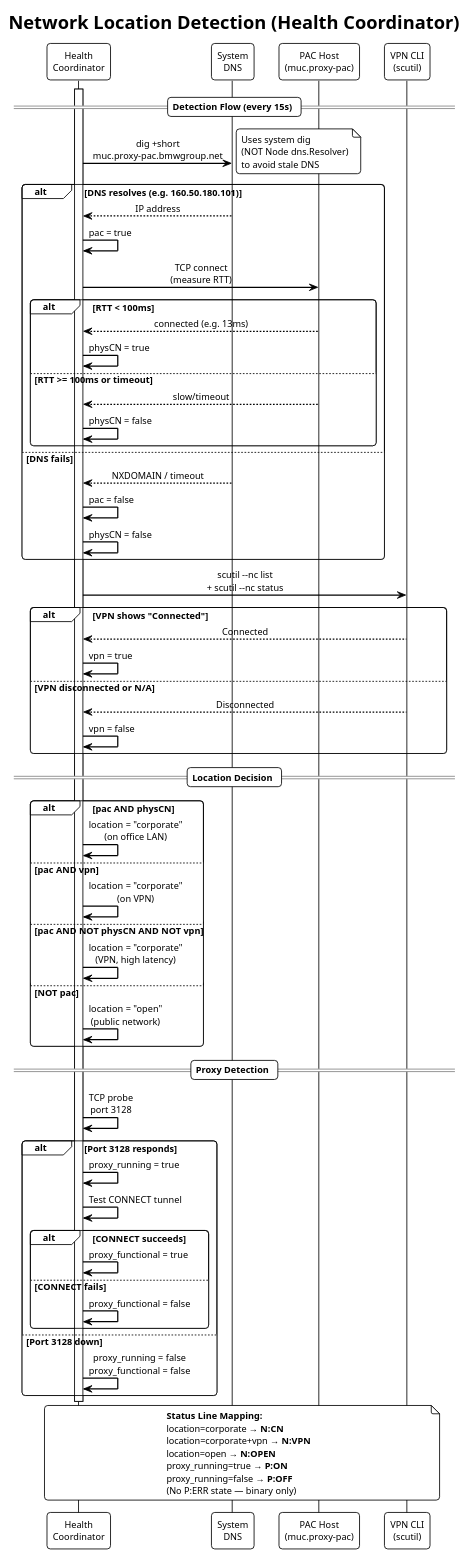
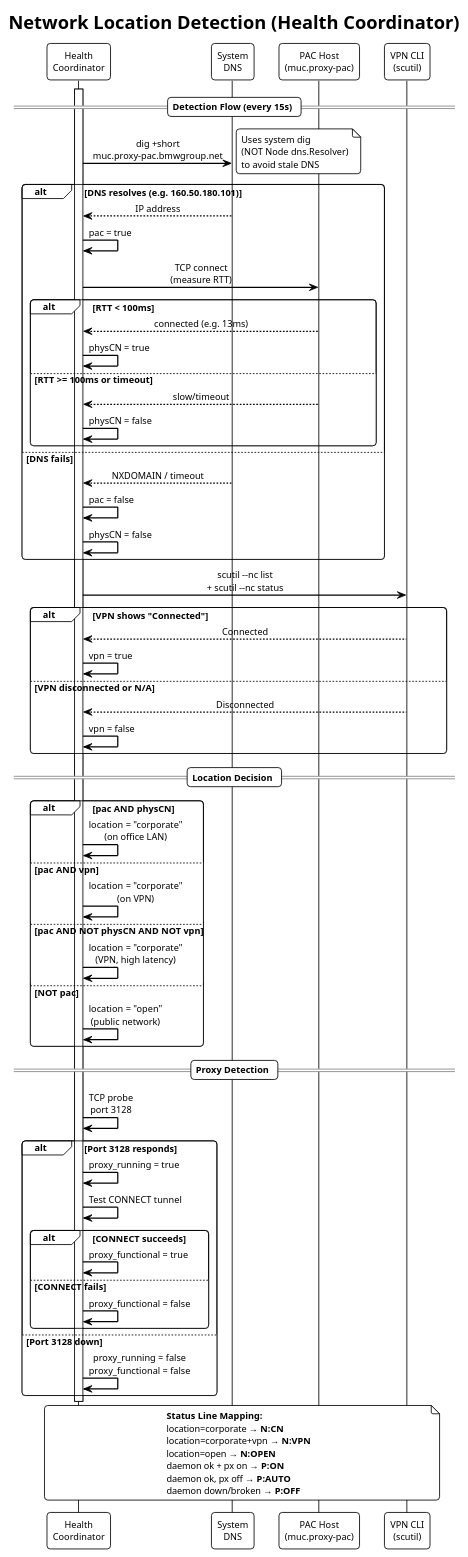
One commit to fwornle/coding changed the diagram in docs-content/diagrams/network-detection-flow.puml. Above: the diagram before and after it, drawn with PlantUML. The commit also changed 19 other files, not shown here.

First line of the commit message:
docs: three-state proxy badge P:ON / P:AUTO / P:OFF across guides + diagrams

```diff
--- a/docs-content/diagrams/network-detection-flow.puml
+++ b/docs-content/diagrams/network-detection-flow.puml
@@ -1,92 +1,92 @@
 @startuml network-detection-flow
 !theme plain
 skinparam backgroundColor #FFFFFF
 skinparam sequenceMessageAlign center
 skinparam responseMessageBelowArrow true
 skinparam sequenceArrowThickness 1.5
 skinparam roundcorner 8
 skinparam defaultFontName SF Mono
 skinparam defaultFontSize 11
 
 title Network Location Detection (Health Coordinator)
 
 participant "Health\nCoordinator" as HC
 participant "System\nDNS" as DNS
 participant "PAC Host\n(muc.proxy-pac)" as PAC
 participant "VPN CLI\n(scutil)" as VPN
 
 == Detection Flow (every 15s) ==
 
 activate HC
 
 HC -> DNS: dig +short\nmuc.proxy-pac.bmwgroup.net
 note right: Uses system dig\n(NOT Node dns.Resolver)\nto avoid stale DNS
 
 alt DNS resolves (e.g. 160.50.180.101)
     DNS --> HC: IP address
     HC -> HC: pac = true
 
     HC -> PAC: TCP connect\n(measure RTT)
     alt RTT < 100ms
         PAC --> HC: connected (e.g. 13ms)
         HC -> HC: physCN = true
     else RTT >= 100ms or timeout
         PAC --> HC: slow/timeout
         HC -> HC: physCN = false
     end
 
 else DNS fails
     DNS --> HC: NXDOMAIN / timeout
     HC -> HC: pac = false
     HC -> HC: physCN = false
 end
 
 HC -> VPN: scutil --nc list\n+ scutil --nc status
 alt VPN shows "Connected"
     VPN --> HC: Connected
     HC -> HC: vpn = true
 else VPN disconnected or N/A
     VPN --> HC: Disconnected
     HC -> HC: vpn = false
 end
 
 == Location Decision ==
 
 alt pac AND physCN
     HC -> HC: location = "corporate"\n(on office LAN)
 else pac AND vpn
     HC -> HC: location = "corporate"\n(on VPN)
 else pac AND NOT physCN AND NOT vpn
     HC -> HC: location = "corporate"\n(VPN, high latency)
 else NOT pac
     HC -> HC: location = "open"\n(public network)
 end
 
 == Proxy Detection ==
 
 HC -> HC: TCP probe\nport 3128
 alt Port 3128 responds
     HC -> HC: proxy_running = true
     HC -> HC: Test CONNECT tunnel
     alt CONNECT succeeds
         HC -> HC: proxy_functional = true
     else CONNECT fails
         HC -> HC: proxy_functional = false
     end
 else Port 3128 down
     HC -> HC: proxy_running = false\nproxy_functional = false
 end
 
 deactivate HC
 
 note across
   **Status Line Mapping:**
   location=corporate → **N:CN**
   location=corporate+vpn → **N:VPN**
   location=open → **N:OPEN**
-  proxy_running=true → **P:ON**
-  proxy_running=false → **P:OFF**
-  (No P:ERR state — binary only)
+  daemon ok + px on → **P:ON**
+  daemon ok, px off → **P:AUTO**
+  daemon down/broken → **P:OFF**
 end note
 
 @enduml
```
